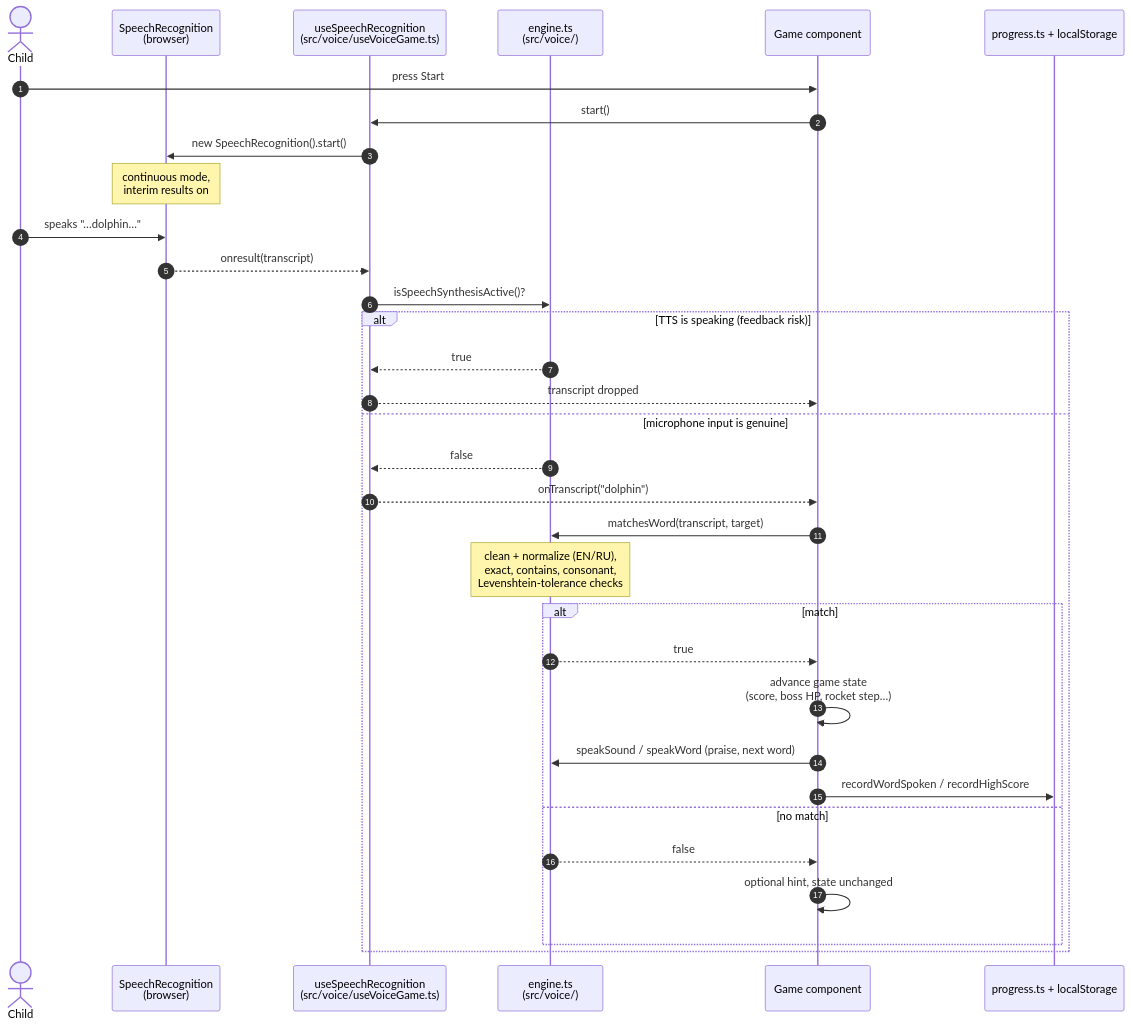
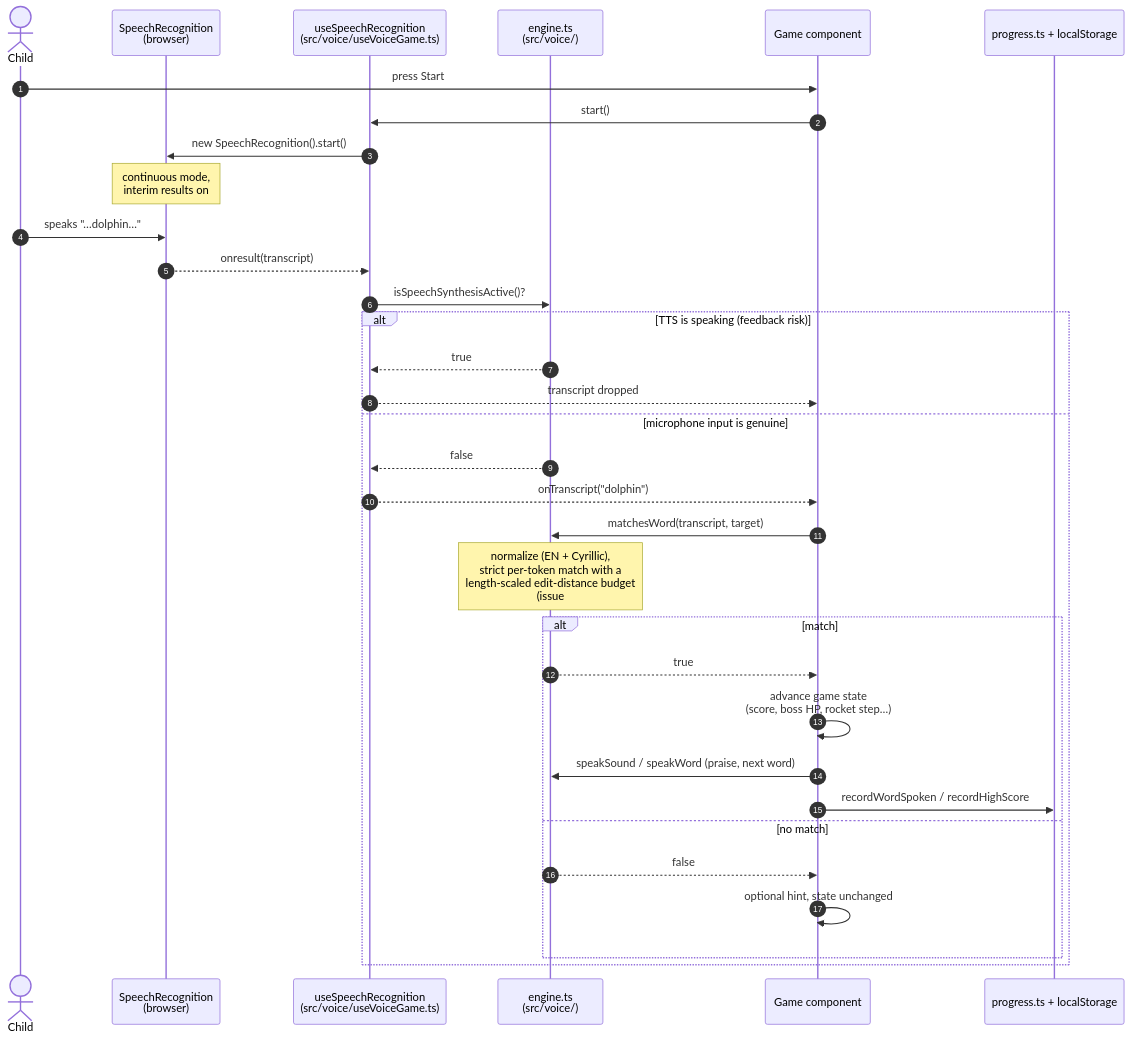
One commit to scaredofthesix/voice-games changed the first of 2 diagrams in docs/architecture/dynamic-view.md. Above: the diagram before and after it, drawn with Mermaid. The commit also changed other lines of this file and 7 other files, not shown here.

First line of the commit message:
docs: sync backlog docs with the v0.3.0 state and make diagrams readable

````diff
--- a/docs/architecture/dynamic-view.md
+++ b/docs/architecture/dynamic-view.md
@@ -9,37 +9,37 @@
 ```mermaid
 sequenceDiagram
     autonumber
     actor Child
     participant SR as SpeechRecognition<br/>(browser)
     participant Hook as useSpeechRecognition<br/>(src/voice/useVoiceGame.ts)
     participant Engine as engine.ts<br/>(src/voice/)
     participant Game as Game component
     participant Store as progress.ts + localStorage
 
     Child->>Game: press Start
     Game->>Hook: start()
     Hook->>SR: new SpeechRecognition().start()
     Note over SR: continuous mode,<br/>interim results on
 
     Child->>SR: speaks "…dolphin…"
     SR-->>Hook: onresult(transcript)
     Hook->>Engine: isSpeechSynthesisActive()?
     alt TTS is speaking (feedback risk)
         Engine-->>Hook: true
         Hook-->>Game: transcript dropped
     else microphone input is genuine
         Engine-->>Hook: false
         Hook-->>Game: onTranscript("dolphin")
         Game->>Engine: matchesWord(transcript, target)
-        Note over Engine: clean + normalize (EN/RU),<br/>exact, contains, consonant,<br/>Levenshtein-tolerance checks
+        Note over Engine: normalize (EN + Cyrillic),<br/>strict per-token match with a<br/>length-scaled edit-distance budget<br/>(issue #97: no substring accepts)
         alt match
             Engine-->>Game: true
             Game->>Game: advance game state<br/>(score, boss HP, rocket step…)
             Game->>Engine: speakSound / speakWord (praise, next word)
             Game->>Store: recordWordSpoken / recordHighScore
         else no match
             Engine-->>Game: false
             Game->>Game: optional hint, state unchanged
         end
     end
 ```
````
